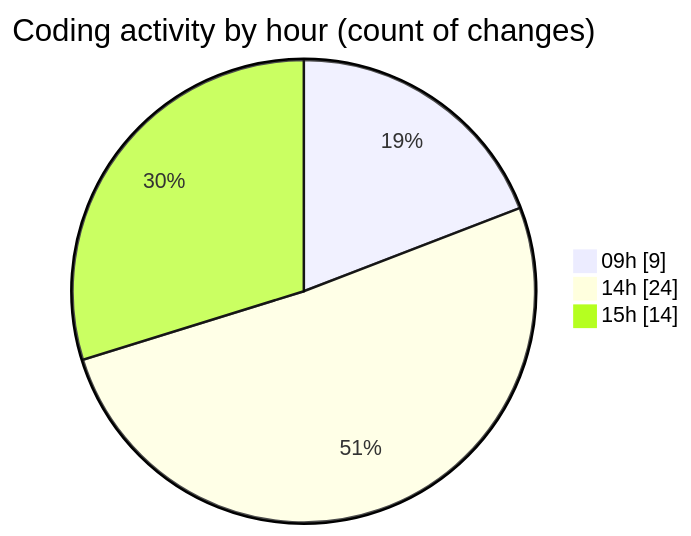
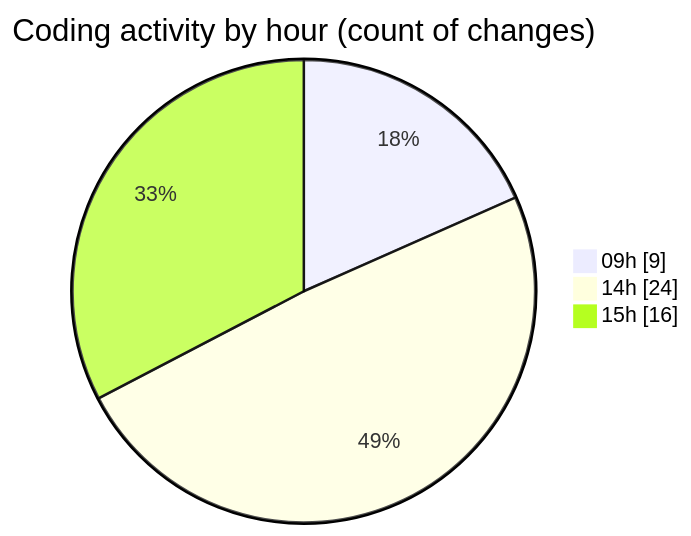
One commit to julien-gomy/code-tracking changed the second of 2 diagrams in 2025-11-25/eventscop-frontend-guide__workspace_/README.md. Above: the diagram before and after it, drawn with Mermaid. The commit also changed other lines of this file and 1 other file, not shown here.

````diff
--- a/2025-11-25/eventscop-frontend-guide__workspace_/README.md
+++ b/2025-11-25/eventscop-frontend-guide__workspace_/README.md
@@ -44,7 +44,7 @@
 ```mermaid
 pie showData
 title Coding activity by hour (count of changes)
 "09h" : 9
 "14h" : 24
-"15h" : 14
+"15h" : 16
 ```
````
